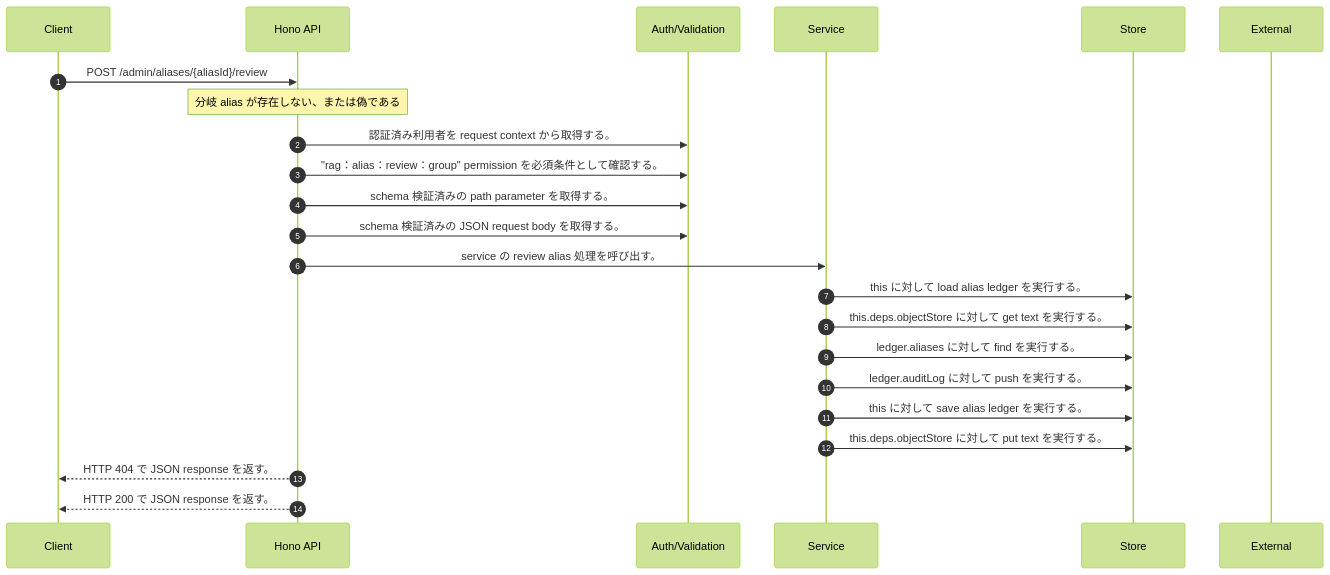
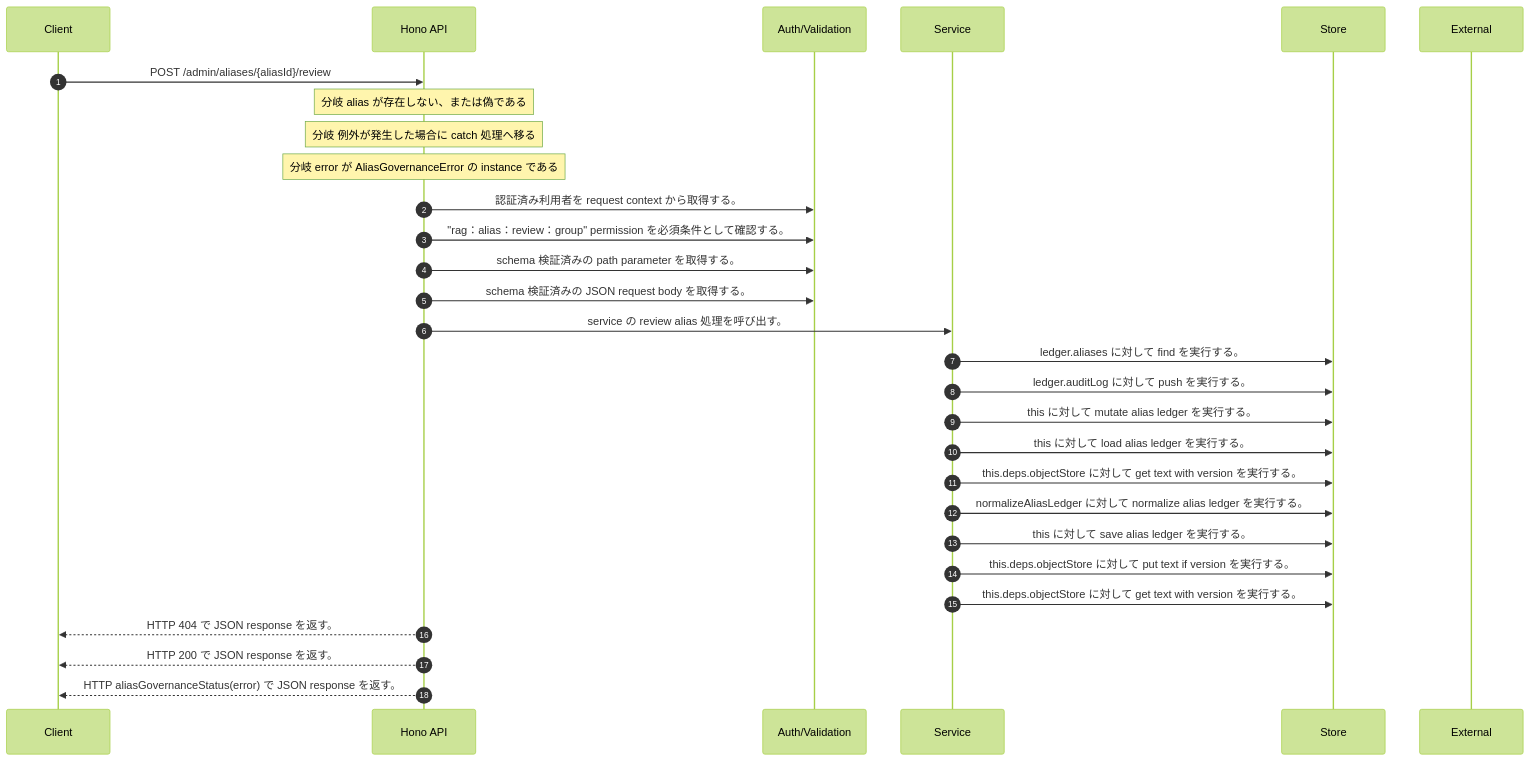
One commit to tsuji-tomonori/rag-assist changed the diagram in docs/generated/api-code/post-admin-aliases-aliasid-review/sequence_gen.md. Above: the diagram before and after it, drawn with Mermaid (forest theme). The commit also changed other lines of this file and 436 other files, not shown here.

````diff
--- a/docs/generated/api-code/post-admin-aliases-aliasid-review/sequence_gen.md
+++ b/docs/generated/api-code/post-admin-aliases-aliasid-review/sequence_gen.md
@@ -7,25 +7,31 @@
 ```mermaid
 sequenceDiagram
   autonumber
   participant Client as Client
   participant API as Hono API
   participant Auth as Auth/Validation
   participant Service as Service
   participant Store as Store
   participant External as External
   Client->>API: POST /admin/aliases/{aliasId}/review
   Note over API: 分岐 alias が存在しない、または偽である
+  Note over API: 分岐 例外が発生した場合に catch 処理へ移る
+  Note over API: 分岐 error が AliasGovernanceError の instance である
   API->>Auth: 認証済み利用者を request context から取得する。
   API->>Auth: "rag：alias：review：group" permission を必須条件として確認する。
   API->>Auth: schema 検証済みの path parameter を取得する。
   API->>Auth: schema 検証済みの JSON request body を取得する。
   API->>Service: service の review alias 処理を呼び出す。
-  Service->>Store: this に対して load alias ledger を実行する。
-  Service->>Store: this.deps.objectStore に対して get text を実行する。
   Service->>Store: ledger.aliases に対して find を実行する。
   Service->>Store: ledger.auditLog に対して push を実行する。
+  Service->>Store: this に対して mutate alias ledger を実行する。
+  Service->>Store: this に対して load alias ledger を実行する。
+  Service->>Store: this.deps.objectStore に対して get text with version を実行する。
+  Service->>Store: normalizeAliasLedger に対して normalize alias ledger を実行する。
   Service->>Store: this に対して save alias ledger を実行する。
-  Service->>Store: this.deps.objectStore に対して put text を実行する。
+  Service->>Store: this.deps.objectStore に対して put text if version を実行する。
+  Service->>Store: this.deps.objectStore に対して get text with version を実行する。
   API-->>Client: HTTP 404 で JSON response を返す。
   API-->>Client: HTTP 200 で JSON response を返す。
+  API-->>Client: HTTP aliasGovernanceStatus(error) で JSON response を返す。
 ```
````
